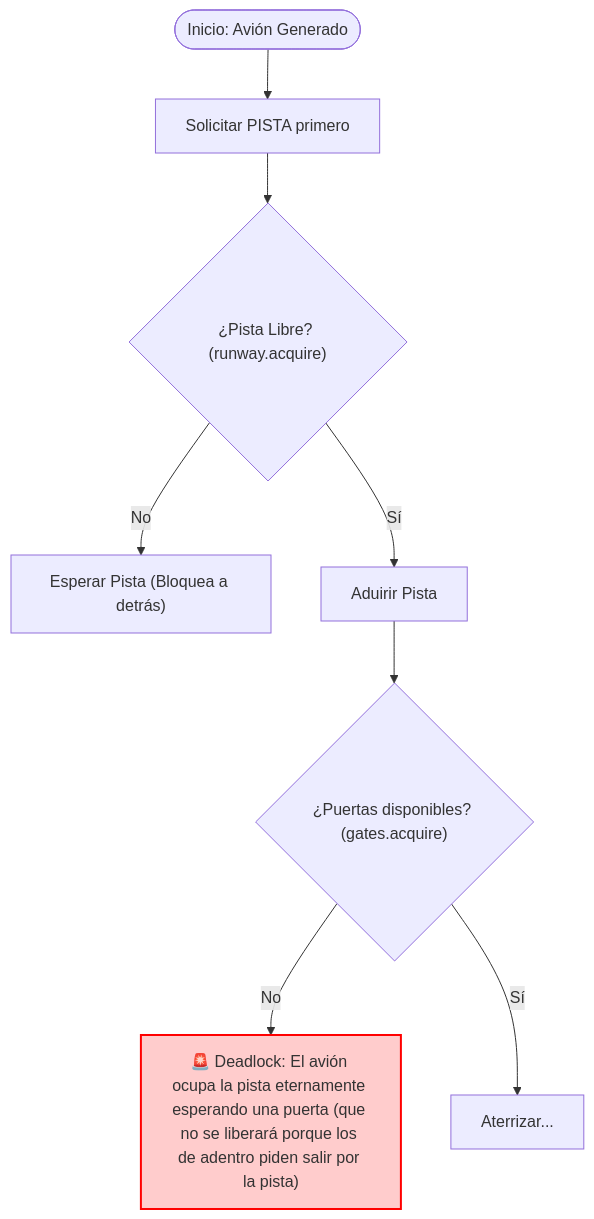
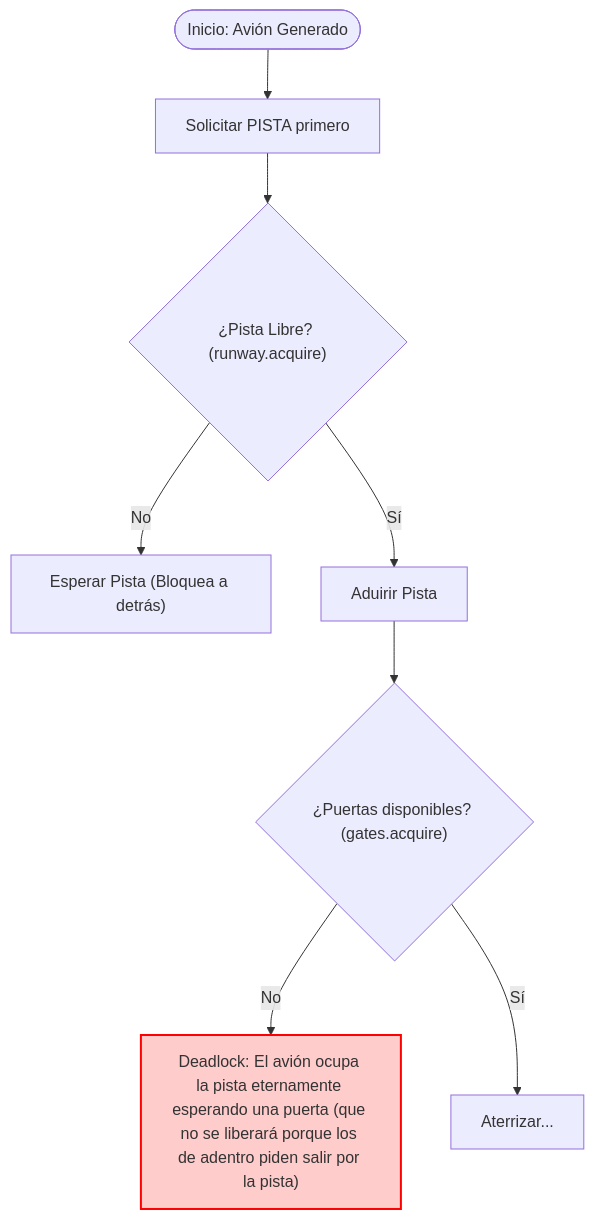
The fourth of 4 diagrams in docs/Documentacion_Proyecto.md (Vargas876/ProyectoSemaforos), drawn with Mermaid before and after one commit. The commit also changed other lines of this file, not shown here.

Commit message:
docs: add project documentation detailing concurrency, synchronization, and deadlock analysis

````diff
--- a/docs/Documentacion_Proyecto.md
+++ b/docs/Documentacion_Proyecto.md
@@ -107,12 +109,12 @@
 ```mermaid
 flowchart TD
     A(["Inicio: Avión Generado"]) --> B["Solicitar PISTA primero"]
     B --> G{"¿Pista Libre? (runway.acquire)"}
     G -->|No| H["Esperar Pista (Bloquea a detrás)"]
     G -->|Sí| I["Aduirir Pista"]
     I --> C{"¿Puertas disponibles? (gates.acquire)"}
-    C -->|No| D["🚨 Deadlock: El avión ocupa la pista eternamente esperando una puerta (que no se liberará porque los de adentro piden salir por la pista)"]
+    C -->|No| D[" Deadlock: El avión ocupa la pista eternamente esperando una puerta (que no se liberará porque los de adentro piden salir por la pista)"]
     C -->|Sí| J["Aterrizar..."]
 
     style D fill:#ffcccc,stroke:#ff0000,stroke-width:2px
 ```
````
